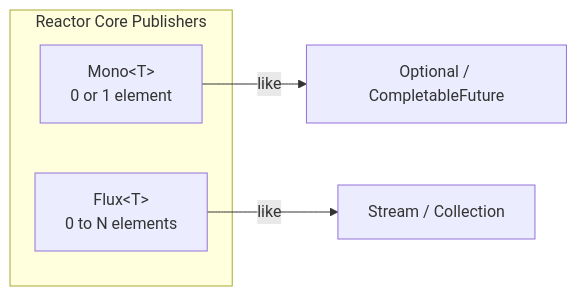
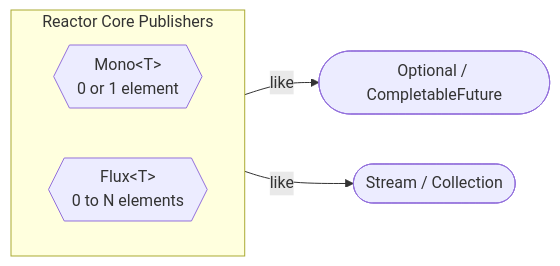
Before and after one commit to saivamsikaruturi/vamsilabs-dev-notes-main: the fourth of 4 diagrams in docs/java/ReactiveStreams.md, drawn with Mermaid. The commit also changed other lines of this file and 146 other files, not shown here.

Commit message:
Horizontal diagrams, UML class diagrams, typography overhaul, and permalink cleanup

````diff
--- a/docs/java/ReactiveStreams.md
+++ b/docs/java/ReactiveStreams.md
@@ -211,10 +213,11 @@
 ```mermaid
-graph LR
+flowchart LR
     subgraph "Reactor Core Publishers"
-        MONO["Mono&lt;T&gt;<br/>0 or 1 element"]
-        FLUX["Flux&lt;T&gt;<br/>0 to N elements"]
+        direction LR
+        MONO{{"Mono&lt;T&gt;<br/>0 or 1 element"}}
+        FLUX{{"Flux&lt;T&gt;<br/>0 to N elements"}}
     end
 
-    MONO -->|"like"| OPT["Optional / CompletableFuture"]
-    FLUX -->|"like"| LIST["Stream / Collection"]
+    MONO -->|"like"| OPT(["Optional / CompletableFuture"])
+    FLUX -->|"like"| LIST(["Stream / Collection"])
 ```
````
